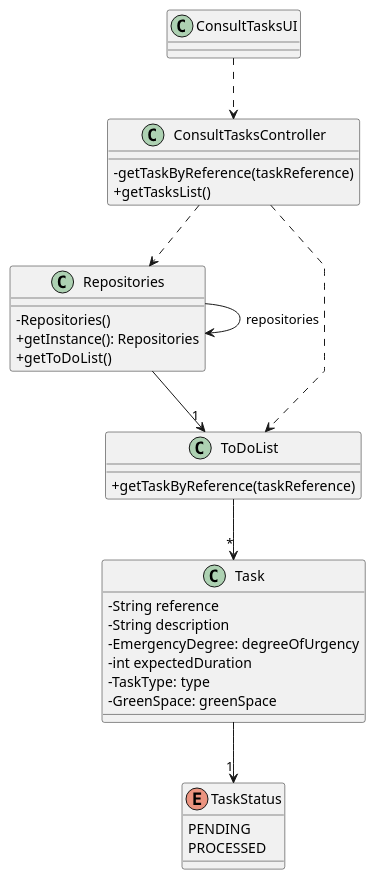
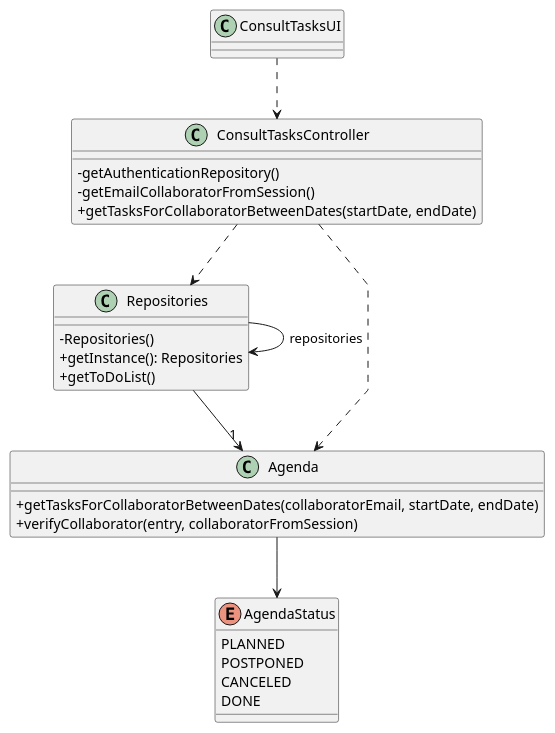
One commit to daniel41silva05/ISEP_2023_2024_LAPR2 changed the diagram in docs/sprintA&B&C/us028/03.design/puml/us028-class-diagram.puml. Above: the diagram before and after it, drawn with PlantUML. The commit also changed 1 other file, not shown here.

Commit message:
US28 Class Diagram Correctionos

```diff
--- a/docs/sprintA&B&C/us028/03.design/puml/us028-class-diagram.puml
+++ b/docs/sprintA&B&C/us028/03.design/puml/us028-class-diagram.puml
@@ -1,53 +1,46 @@
 @startuml
 
 skinparam packageStyle rectangle
 skinparam shadowing false
 skinparam linetype polyline
 
 skinparam classAttributeIconSize 0
 
 class ConsultTasksUI{}
 
 class ConsultTasksController{
-    -getTaskByReference(taskReference)
-    +getTasksList()
+    - getAuthenticationRepository()
+    - getEmailCollaboratorFromSession()
+    + getTasksForCollaboratorBetweenDates(startDate, endDate)
 }
 
 class Repositories{
     -Repositories()
     +getInstance(): Repositories
     +getToDoList()
 }
 
-class ToDoList{
-    +getTaskByReference(taskReference)
+class Agenda{
+    + getTasksForCollaboratorBetweenDates(collaboratorEmail, startDate, endDate)
+    + verifyCollaborator(entry, collaboratorFromSession)
 }
 
-class Task{
-    -String reference
-    -String description
-    -EmergencyDegree: degreeOfUrgency
-    -int expectedDuration
-    -TaskType: type
-    -GreenSpace: greenSpace
-}
-
-enum TaskStatus{
-    PENDING
-    PROCESSED
+enum AgendaStatus{
+        PLANNED
+        POSTPONED
+        CANCELED
+        DONE
 }
 
 ConsultTasksUI ..> ConsultTasksController
 
 ConsultTasksController ..> Repositories
 
-ConsultTasksController ..> ToDoList
+ConsultTasksController ..> Agenda
 
 Repositories --> Repositories: repositories
 
-Repositories --> "1" ToDoList
+Repositories --> "1" Agenda
 
-ToDoList --> "*" Task
-
-Task --> "1" TaskStatus
+Agenda --> AgendaStatus
 @enduml
```
